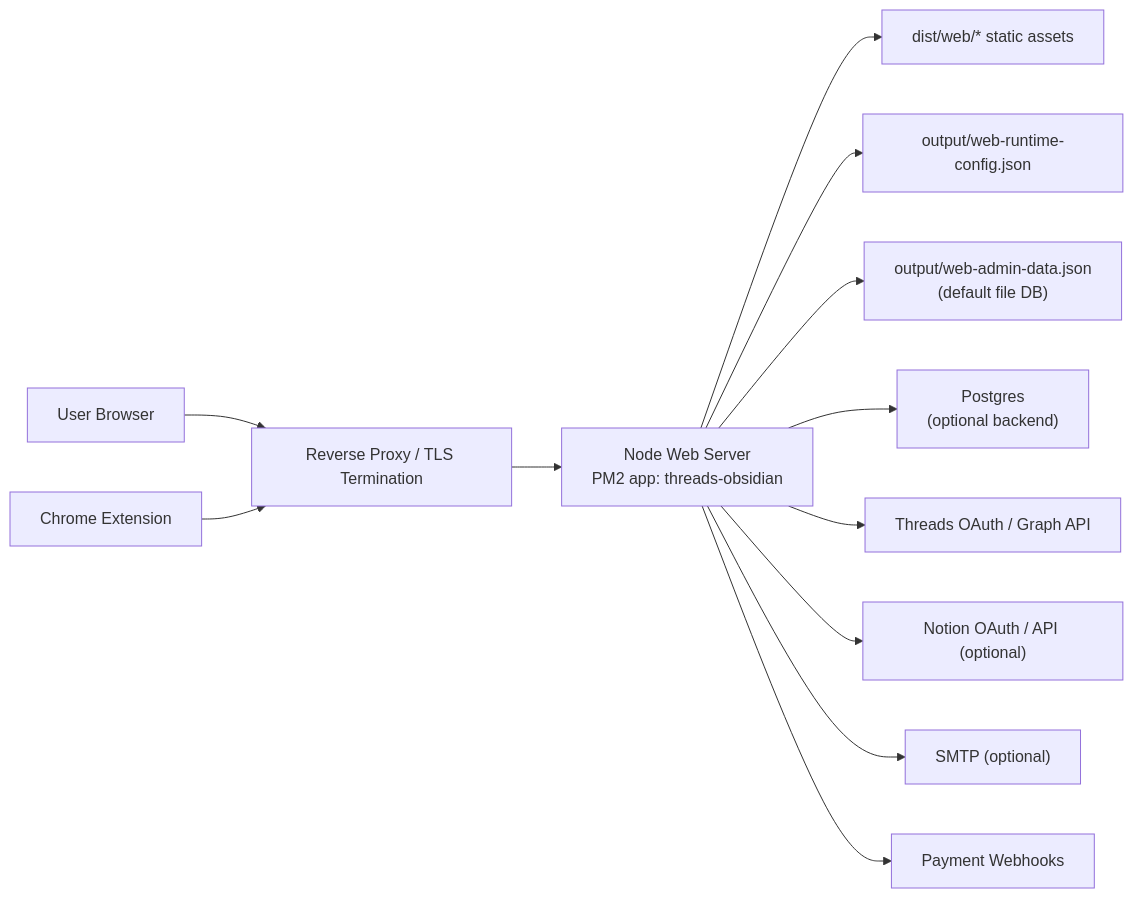
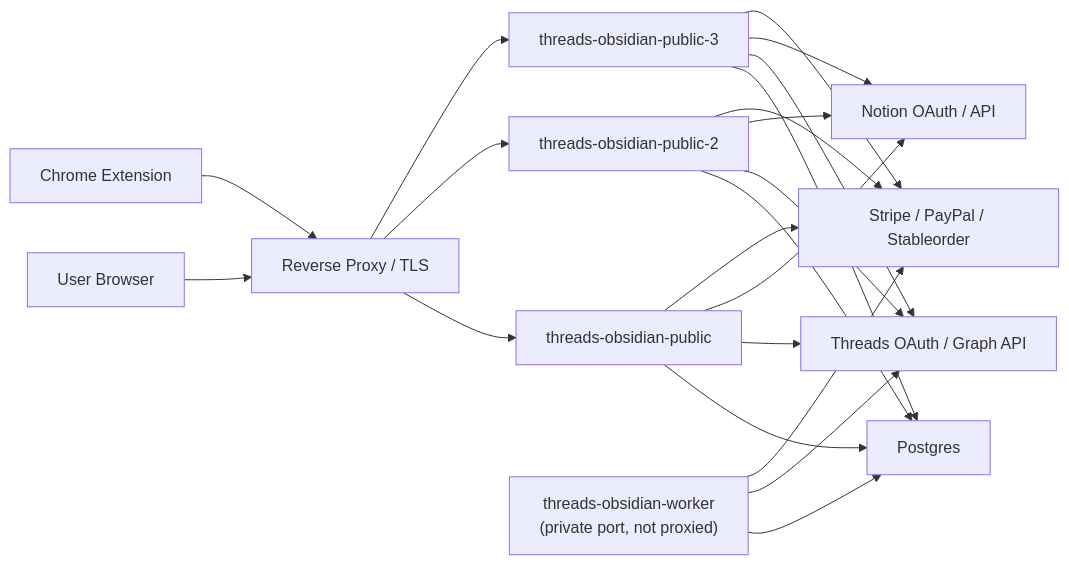
One commit to parktaejun-dev/threads-to-obsidian changed the diagram in docs/deployment-architecture.md. Above: the diagram before and after it, drawn with Mermaid. The commit also changed other lines of this file and 75 other files, not shown here.

````diff
--- a/docs/deployment-architecture.md
+++ b/docs/deployment-architecture.md
@@ -43,14 +11,24 @@
 ```mermaid
 flowchart LR
-  U["User Browser"] --> RP["Reverse Proxy / TLS Termination"]
+  U["User Browser"] --> RP["Reverse Proxy / TLS"]
   E["Chrome Extension"] --> RP
-  RP --> APP["Node Web Server<br/>PM2 app: threads-obsidian"]
-  APP --> STATIC["dist/web/* static assets"]
-  APP --> CFG["output/web-runtime-config.json"]
-  APP --> FILEDB["output/web-admin-data.json<br/>(default file DB)"]
-  APP --> PG["Postgres<br/>(optional backend)"]
-  APP --> TH["Threads OAuth / Graph API"]
-  APP --> NO["Notion OAuth / API (optional)"]
-  APP --> SMTP["SMTP (optional)"]
-  APP --> PAY["Payment Webhooks"]
+  RP --> P1["threads-obsidian-public"]
+  RP --> P2["threads-obsidian-public-2"]
+  RP --> P3["threads-obsidian-public-3"]
+  W["threads-obsidian-worker<br/>(private port, not proxied)"]
+  P1 --> PG["Postgres"]
+  P2 --> PG
+  P3 --> PG
+  W --> PG
+  W --> TH["Threads OAuth / Graph API"]
+  P1 --> TH
+  P2 --> TH
+  P3 --> TH
+  P1 --> NO["Notion OAuth / API"]
+  P2 --> NO
+  P3 --> NO
+  P1 --> PAY["Stripe / PayPal / Stableorder"]
+  P2 --> PAY
+  P3 --> PAY
+  W --> PAY
 ```
````
